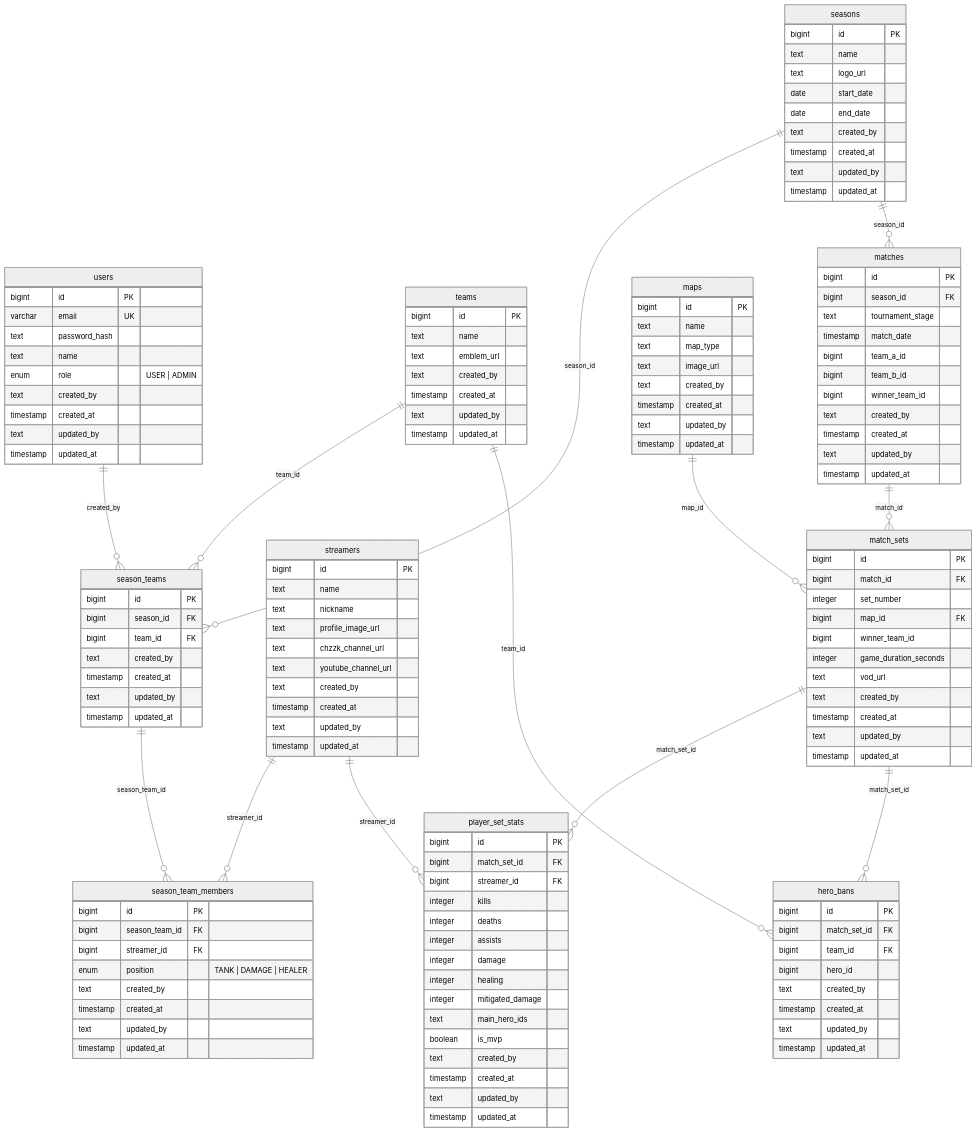
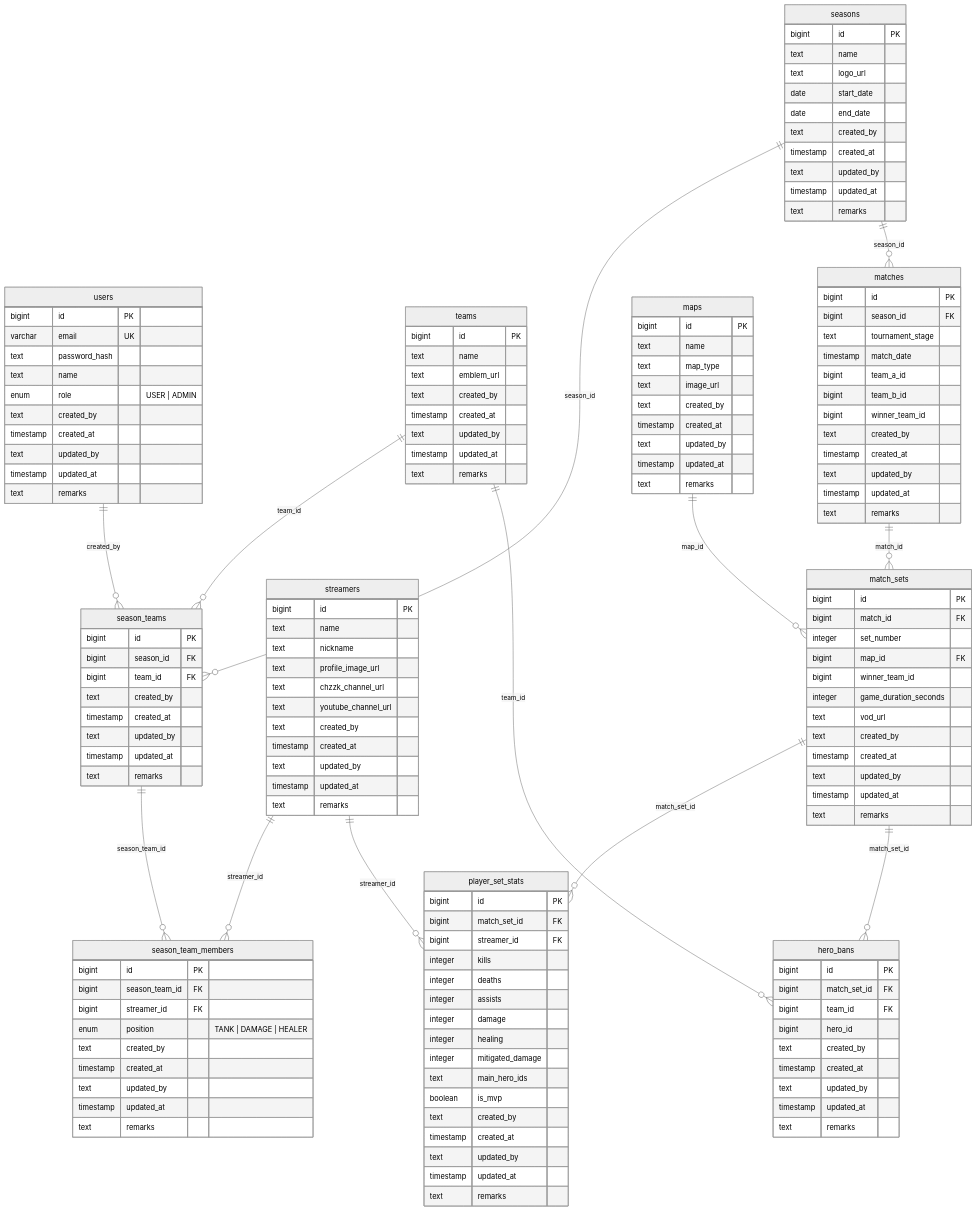
One commit to junhyeon0325/ROMS changed the second of 2 diagrams in 산출물/초기계획/ROMS_ERD.md. Above: the diagram before and after it, drawn with Mermaid (neutral theme). The commit also changed other lines of this file and 7 other files, not shown here.

````diff
--- a/산출물/초기계획/ROMS_ERD.md
+++ b/산출물/초기계획/ROMS_ERD.md
@@ -200,6 +211,7 @@
         timestamp created_at
         text updated_by
         timestamp updated_at
+        text remarks
     }
 
     seasons {
@@ -212,6 +224,7 @@
         timestamp created_at
         text updated_by
         timestamp updated_at
+        text remarks
     }
 
     teams {
@@ -222,6 +235,7 @@
         timestamp created_at
         text updated_by
         timestamp updated_at
+        text remarks
     }
 
     streamers {
@@ -235,6 +249,7 @@
         timestamp created_at
         text updated_by
         timestamp updated_at
+        text remarks
     }
 
     season_teams {
@@ -245,6 +260,7 @@
         timestamp created_at
         text updated_by
         timestamp updated_at
+        text remarks
     }
 
     season_team_members {
@@ -256,6 +272,7 @@
         timestamp created_at
         text updated_by
         timestamp updated_at
+        text remarks
     }
 
     matches {
@@ -270,6 +287,7 @@
         timestamp created_at
         text updated_by
         timestamp updated_at
+        text remarks
     }
 
     maps {
@@ -281,6 +299,7 @@
         timestamp created_at
         text updated_by
         timestamp updated_at
+        text remarks
     }
 
     match_sets {
@@ -295,6 +314,7 @@
         timestamp created_at
         text updated_by
         timestamp updated_at
+        text remarks
     }
 
     player_set_stats {
@@ -313,6 +333,7 @@
         timestamp created_at
         text updated_by
         timestamp updated_at
+        text remarks
     }
 
     hero_bans {
@@ -324,5 +345,6 @@
         timestamp created_at
         text updated_by
         timestamp updated_at
+        text remarks
     }
 ```
````
